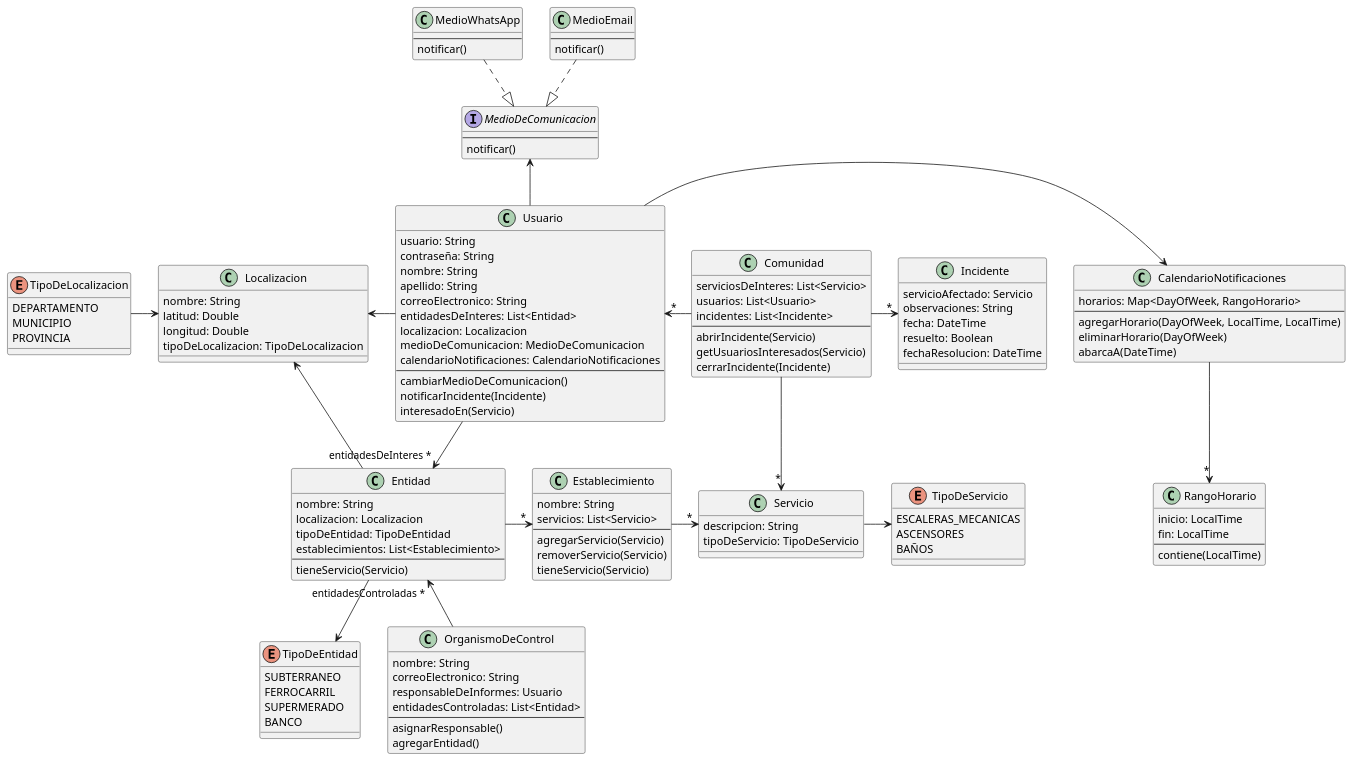
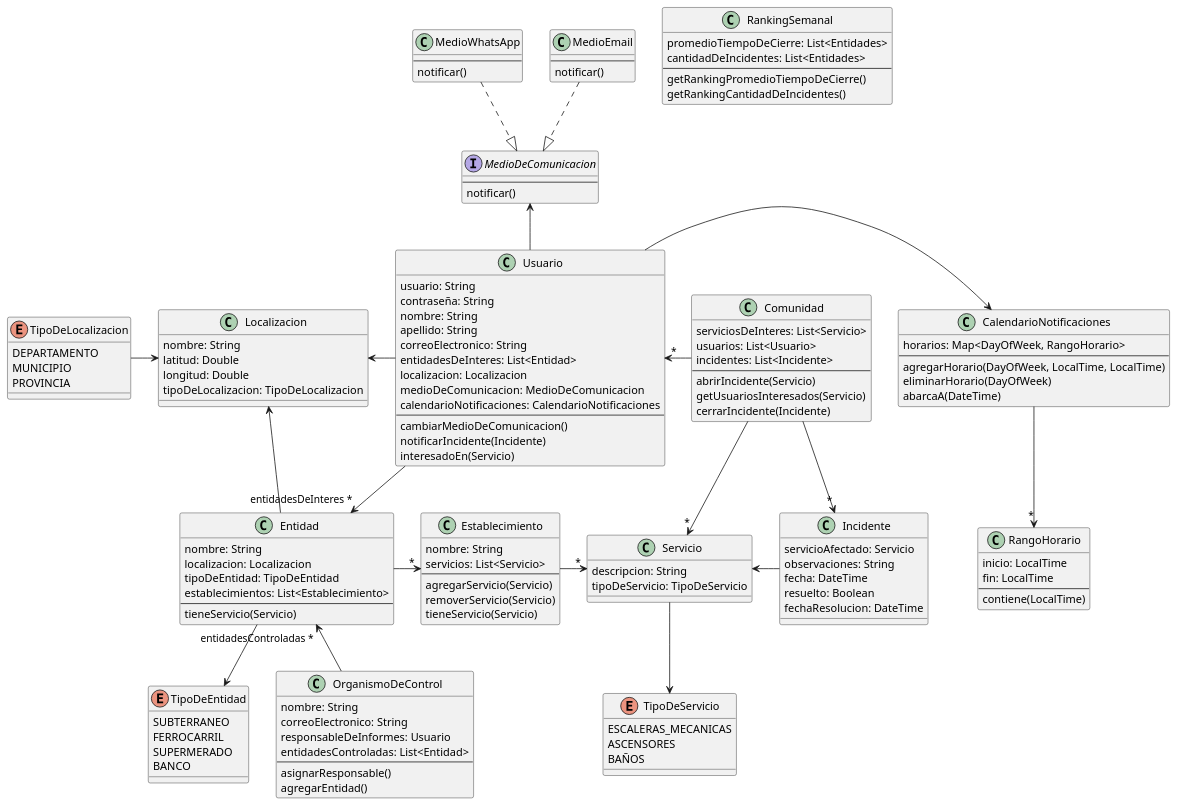
The diagram in docs/entrega-3/clases_mm.puml (ValenAquino/tp-dds-2023), drawn with PlantUML before and after one commit. The commit also changed 1 other file, not shown here.

```diff
--- a/docs/entrega-3/clases_mm.puml
+++ b/docs/entrega-3/clases_mm.puml
@@ -1,144 +1,153 @@
 @startuml TPA3-Clases
 
 ' Supermercado, Centro Comunal, Banco, ...
 class Entidad {
   nombre: String
   localizacion: Localizacion
   tipoDeEntidad: TipoDeEntidad
   establecimientos: List<Establecimiento>
   --
   tieneServicio(Servicio)
 }
 
 ' Sucursal, Estacion, ...
 class Establecimiento {
   nombre: String
   servicios: List<Servicio>
   --
   agregarServicio(Servicio)
   removerServicio(Servicio)
   tieneServicio(Servicio)
 }
 
 class Servicio {
   descripcion: String
   tipoDeServicio: TipoDeServicio
 }
 
 enum TipoDeServicio {
   ESCALERAS_MECANICAS
   ASCENSORES
   BAÑOS
 }
 
 enum TipoDeEntidad {
   SUBTERRANEO
   FERROCARRIL
   SUPERMERADO
   BANCO
 }
 
 class Usuario {
   usuario: String
   contraseña: String
   nombre: String
   apellido: String
   correoElectronico: String
   entidadesDeInteres: List<Entidad>
   localizacion: Localizacion
   medioDeComunicacion: MedioDeComunicacion
   calendarioNotificaciones: CalendarioNotificaciones
   --
   cambiarMedioDeComunicacion()
   notificarIncidente(Incidente)
   interesadoEn(Servicio)
 }
 
 class RangoHorario {
   inicio: LocalTime
   fin: LocalTime
   --
   contiene(LocalTime)
 }
 
 class CalendarioNotificaciones {
   horarios: Map<DayOfWeek, RangoHorario>
   --
   agregarHorario(DayOfWeek, LocalTime, LocalTime)
   eliminarHorario(DayOfWeek)
   abarcaA(DateTime)
 }
 
 interface MedioDeComunicacion {
   --
   notificar()
 }
 class MedioWhatsApp {
   --
   notificar()
 }
 class MedioEmail {
   --
   notificar()
 }
 
 class Localizacion {
   nombre: String
   latitud: Double
   longitud: Double
   tipoDeLocalizacion: TipoDeLocalizacion
 }
 
 enum TipoDeLocalizacion {
   DEPARTAMENTO
   MUNICIPIO
   PROVINCIA
 }
 
 class OrganismoDeControl {
   nombre: String
   correoElectronico: String
   responsableDeInformes: Usuario
   entidadesControladas: List<Entidad>
   --
   asignarResponsable()
   agregarEntidad()
 }
 
 class Incidente {
   servicioAfectado: Servicio
   observaciones: String
   fecha: DateTime
   resuelto: Boolean
   fechaResolucion: DateTime
 }
 
 class Comunidad {
   serviciosDeInteres: List<Servicio>
   usuarios: List<Usuario>
   incidentes: List<Incidente>
   --
   abrirIncidente(Servicio)
   getUsuariosInteresados(Servicio)
   cerrarIncidente(Incidente)
 }
 
-Usuario -up-> MedioDeComunicacion
+class RankingSemanal {
+  promedioTiempoDeCierre: List<Entidades>
+  cantidadDeIncidentes: List<Entidades>
+  --
+  getRankingPromedioTiempoDeCierre()
+  getRankingCantidadDeIncidentes()
+}
+
+Usuario -u-> MedioDeComunicacion
 Usuario -> CalendarioNotificaciones
 CalendarioNotificaciones -->"*" RangoHorario
 Entidad ->"*" Establecimiento
 Entidad --> TipoDeEntidad
 Establecimiento ->"*" Servicio
-Servicio -> TipoDeServicio
+Servicio -d-> TipoDeServicio
 Usuario -->"entidadesDeInteres *" Entidad
 Localizacion <- Usuario
 Localizacion <- Entidad
 TipoDeLocalizacion -> Localizacion
 Entidad "entidadesControladas *"<-- OrganismoDeControl
 Comunidad -->"*" Servicio
 Usuario "*"<- Comunidad
 Comunidad ->"*" Incidente
+Incidente -l-> Servicio
 MedioWhatsApp ..|> MedioDeComunicacion
 MedioEmail ..|> MedioDeComunicacion
 
 @enduml
```
